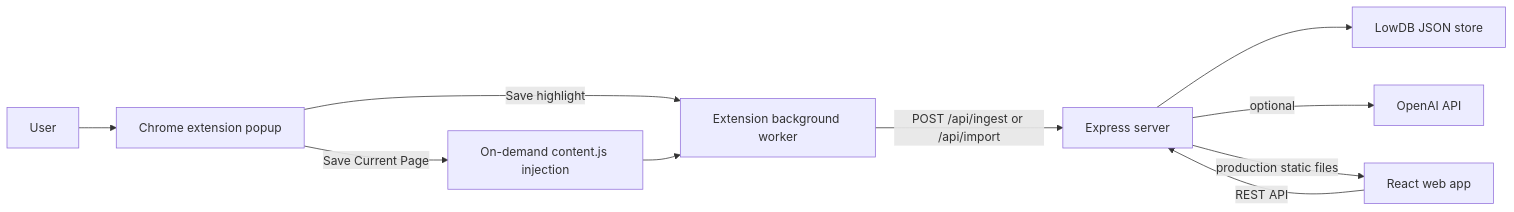
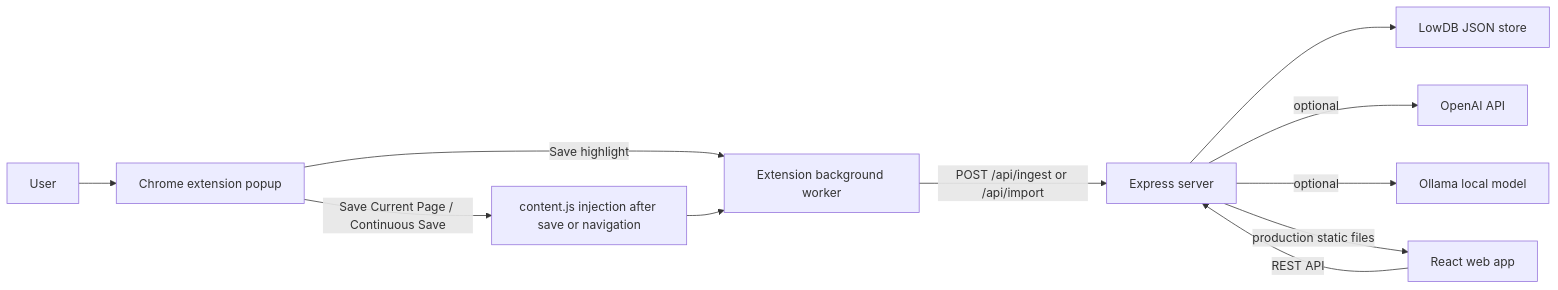
The diagram in docs/ARCHITECTURE.md (uatragada/MindWeaver), drawn with Mermaid before and after one commit. The commit also changed other lines of this file and 34 other files, not shown here.

Commit message:
Improve local AI, extension capture, and graph UX

````diff
--- a/docs/ARCHITECTURE.md
+++ b/docs/ARCHITECTURE.md
@@ -5,12 +5,13 @@
 ```mermaid
 flowchart LR
   User["User"] --> Popup["Chrome extension popup"]
-  Popup -->|"Save Current Page"| Content["On-demand content.js injection"]
+  Popup -->|"Save Current Page / Continuous Save"| Content["content.js injection after save or navigation"]
   Popup -->|"Save highlight"| Background["Extension background worker"]
   Content --> Background
   Background -->|"POST /api/ingest or /api/import"| Server["Express server"]
   Server --> DB["LowDB JSON store"]
   Server -->|"optional"| OpenAI["OpenAI API"]
+  Server -->|"optional"| Ollama["Ollama local model"]
   Web["React web app"] -->|"REST API"| Server
   Server -->|"production static files"| Web
 ```
````
